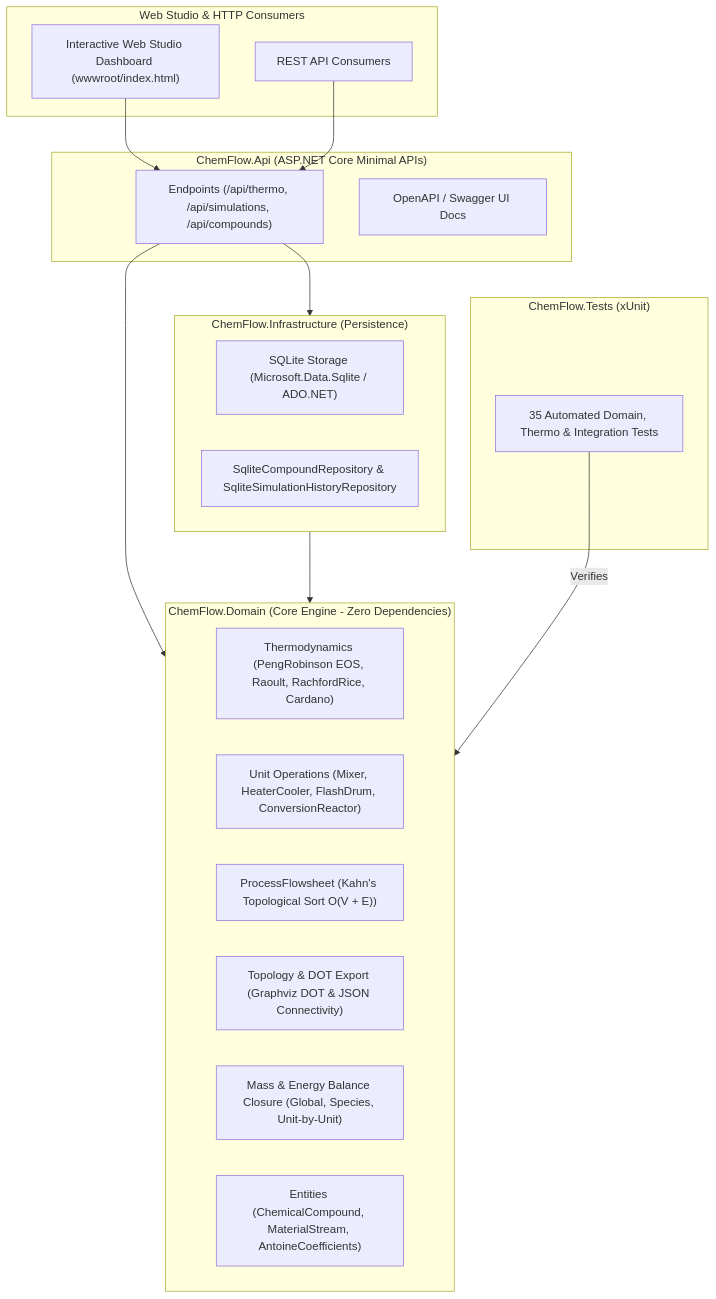
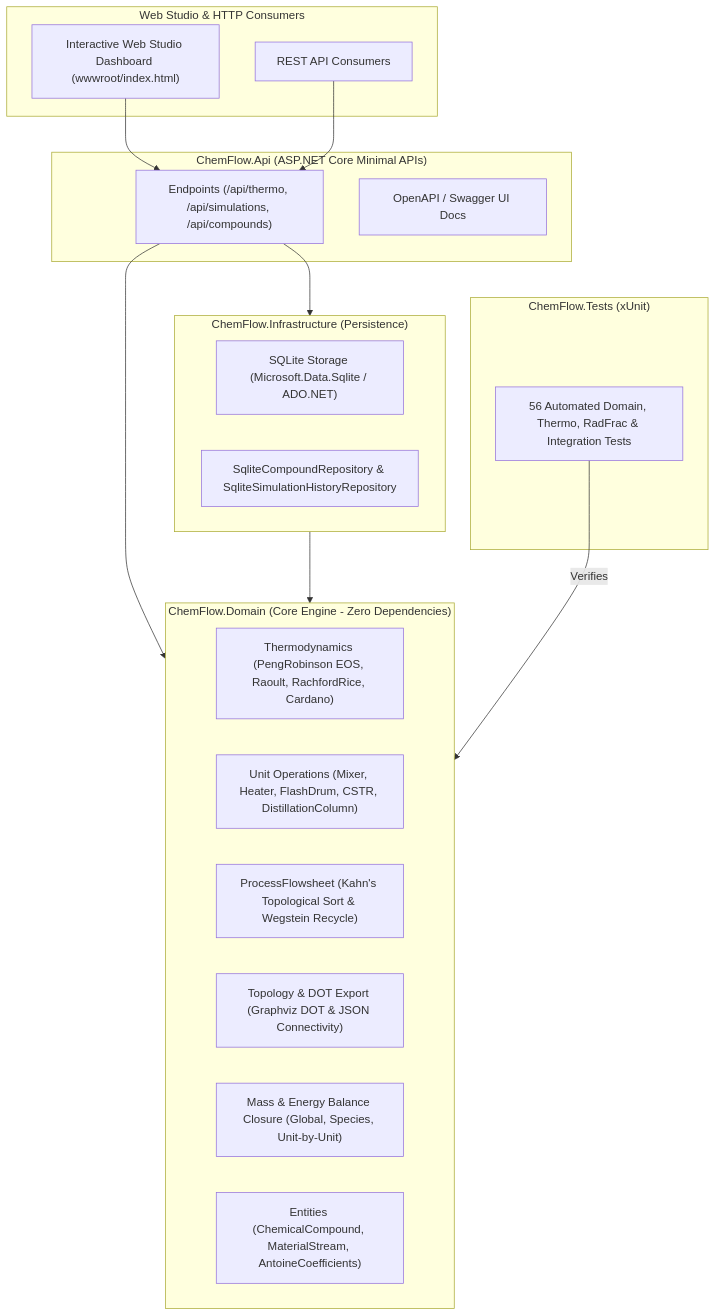
Before and after one commit to yancsalmeida/ChemFlow.NET: the diagram in README.md, drawn with Mermaid. The commit also changed 1 other file, not shown here.

Commit message:
docs: synchronize architecture diagram with 56 tests and bind compose network to portfolio net

````diff
--- a/README.md
+++ b/README.md
@@ -23,37 +23,37 @@
 ```mermaid
 flowchart TD
     subgraph Client["Web Studio & HTTP Consumers"]
         Browser["Interactive Web Studio Dashboard (wwwroot/index.html)"]
         HTTP["REST API Consumers"]
     end
 
     subgraph API["ChemFlow.Api (ASP.NET Core Minimal APIs)"]
         Endpoints["Endpoints (/api/thermo, /api/simulations, /api/compounds)"]
         Swagger["OpenAPI / Swagger UI Docs"]
     end
 
     subgraph Domain["ChemFlow.Domain (Core Engine - Zero Dependencies)"]
         Thermo["Thermodynamics (PengRobinson EOS, Raoult, RachfordRice, Cardano)"]
-        Units["Unit Operations (Mixer, HeaterCooler, FlashDrum, ConversionReactor)"]
-        DAG["ProcessFlowsheet (Kahn's Topological Sort O(V + E))"]
+        Units["Unit Operations (Mixer, Heater, FlashDrum, CSTR, DistillationColumn)"]
+        DAG["ProcessFlowsheet (Kahn's Topological Sort & Wegstein Recycle)"]
         Topology["Topology & DOT Export (Graphviz DOT & JSON Connectivity)"]
         Balance["Mass & Energy Balance Closure (Global, Species, Unit-by-Unit)"]
         Entities["Entities (ChemicalCompound, MaterialStream, AntoineCoefficients)"]
     end
 
     subgraph Infra["ChemFlow.Infrastructure (Persistence)"]
         Sqlite["SQLite Storage (Microsoft.Data.Sqlite / ADO.NET)"]
         Repos["SqliteCompoundRepository & SqliteSimulationHistoryRepository"]
     end
 
     subgraph Tests["ChemFlow.Tests (xUnit)"]
-        UnitTests["35 Automated Domain, Thermo & Integration Tests"]
+        UnitTests["56 Automated Domain, Thermo, RadFrac & Integration Tests"]
     end
 
     Browser --> Endpoints
     HTTP --> Endpoints
     Endpoints --> Domain
     Endpoints --> Infra
     Infra --> Domain
     UnitTests -->|"Verifies"| Domain
 ```
````
